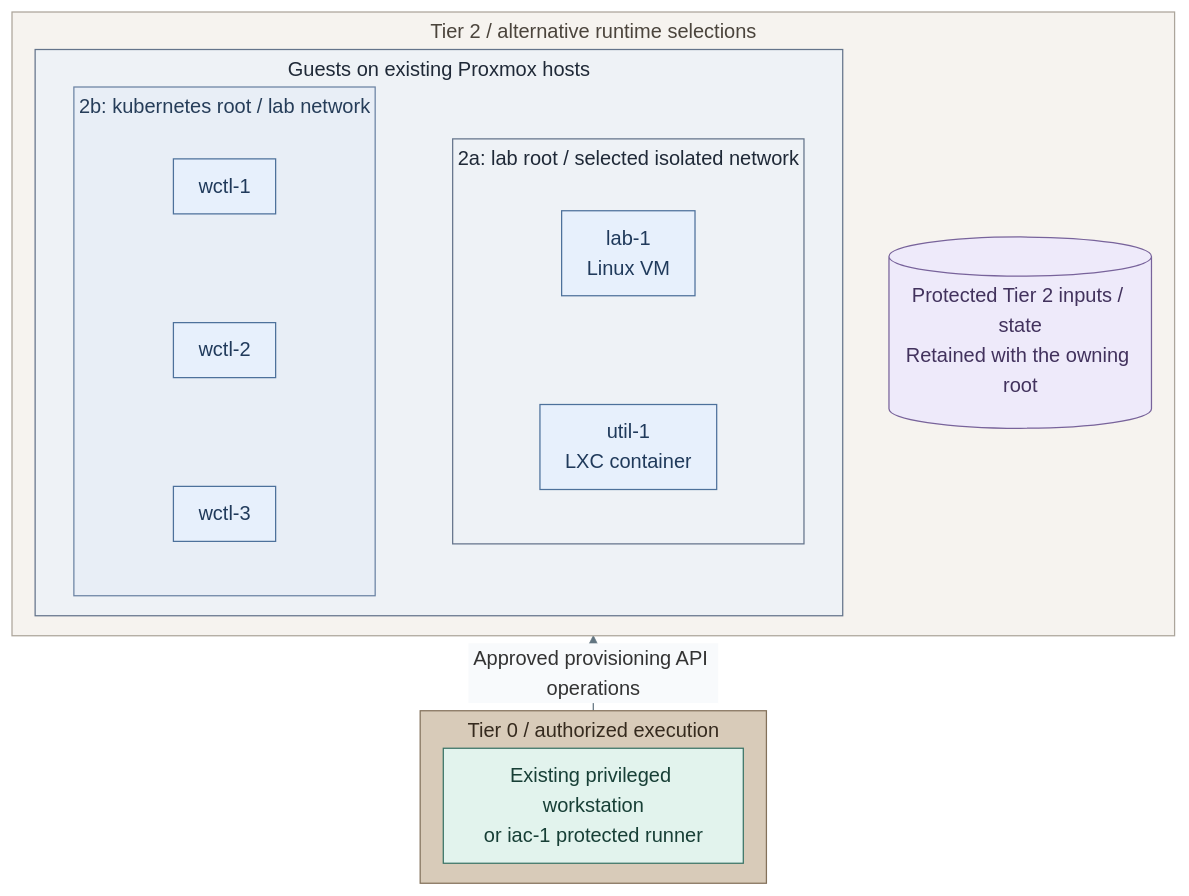
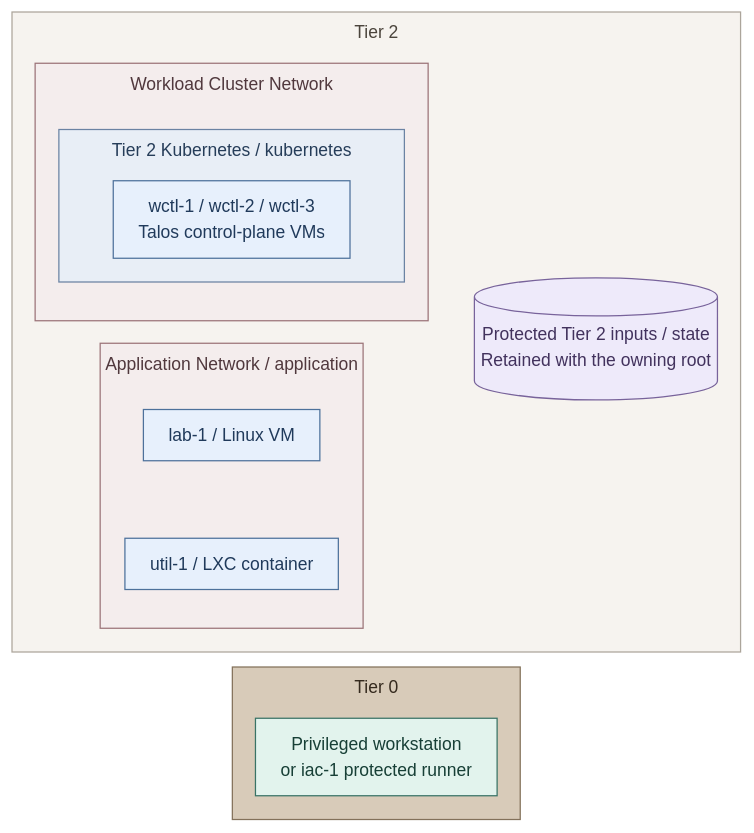
Before and after one commit to Rexus/homelab: the first of 2 diagrams in docs/03-deployment/stage-10-lab-environments/README.md, drawn with Mermaid. The commit also changed other lines of this file and 124 other files, not shown here.

First line of the commit message:
fix(platform): align service diagrams and directory failover

````diff
--- a/docs/03-deployment/stage-10-lab-environments/README.md
+++ b/docs/03-deployment/stage-10-lab-environments/README.md
@@ -14,46 +14,39 @@
 ```mermaid
-%%{init: {"theme":"base","flowchart":{"nodeSpacing":12,"rankSpacing":12,"padding":10,"subGraphTitleMargin":{"top":4,"bottom":10}},"themeVariables":{"lineColor":"#627581","edgeLabelBackground":"#f8fafc"}}}%%
-flowchart BT
-  subgraph T2["Tier 2 / alternative runtime selections"]
-    direction LR
-    subgraph PVE["Guests on existing Proxmox hosts"]
-      direction LR
-      subgraph Cluster["2b: kubernetes root / lab network"]
-        direction TB
-        CP1["wctl-1"]
-        CP2["wctl-2"]
-        CP3["wctl-3"]
-        CP1 ~~~ CP2 ~~~ CP3
+%%{init: {"theme":"base","flowchart":{"nodeSpacing":18,"rankSpacing":12,"padding":10,"subGraphTitleMargin":{"top":6,"bottom":16}},"themeVariables":{"lineColor":"#627581","edgeLabelBackground":"#f8fafc","fontFamily":"Arial, sans-serif","fontSize":"14px"},"fontFamily":"Arial, sans-serif"}}%%
+flowchart TB
+  subgraph T2["Tier 2"]
+    subgraph WorkloadNetwork["Workload Cluster Network"]
+      subgraph Cluster["Tier 2 Kubernetes / kubernetes"]
+        CPs["wctl-1 / wctl-2 / wctl-3<br/>Talos control-plane VMs"]
       end
-      subgraph Guests["2a: lab root / selected isolated network"]
-        direction TB
-        VM["lab-1<br/>Linux VM"]
-        CT["util-1<br/>LXC container"]
-        VM ~~~ CT
-      end
-      Cluster ~~~ Guests
+    end
+    subgraph ApplicationNetwork["Application Network / application"]
+      direction TB
+      VM["lab-1 / Linux VM"]
+      CT["util-1 / LXC container"]
+      VM ~~~ CT
     end
     State[("Protected Tier 2 inputs / state<br/>Retained with the owning root")]
-    PVE ~~~ State
+    WorkloadNetwork ~~~ State
+    ApplicationNetwork ~~~ State
   end
-  subgraph T0["Tier 0 / authorized execution"]
-    direction LR
-    Runner["Existing privileged workstation<br/>or iac-1 protected runner"]
+  subgraph T0["Tier 0"]
+    Runner["Privileged workstation<br/>or iac-1 protected runner"]
   end
-  T0 -->|Approved provisioning API operations| T2
+  T2 ~~~ T0
   classDef default fill:#f8fafc,stroke:#64748b,color:#1f2937
+  classDef services fill:#e7f0fc,stroke:#4d719b,color:#203a5b
   classDef control fill:#e2f3ed,stroke:#397366,color:#173f36
   classDef data fill:#eeeafa,stroke:#78639b,color:#42325d
-  classDef services fill:#e7f0fc,stroke:#4d719b,color:#203a5b
-  classDef boundary fill:#eef2f6,stroke:#64748b,color:#1f2937
+  classDef kubernetes fill:#e8eef6,stroke:#6b83a3,color:#263d59
+  classDef network fill:#f4eded,stroke:#9b7378,color:#50383d
+  classDef tier0 fill:#d8cbb9,stroke:#83715a,color:#352a1e
+  classDef tier2 fill:#f6f3ef,stroke:#aca59b,color:#4b443c
+  class CPs,VM,CT services
+  class State data
   class Runner control
-  class PVE,Guests boundary
-  class State data
-  class CP1,CP2,CP3,VM,CT services
-  classDef kubernetes fill:#e8eef6,stroke:#6b83a3,color:#263d59
   class Cluster kubernetes
-  classDef tier0 fill:#d8cbb9,stroke:#83715a,color:#352a1e
+  class WorkloadNetwork,ApplicationNetwork network
+  class T2 tier2
   class T0 tier0
-  classDef tier2 fill:#f6f3ef,stroke:#aca59b,color:#4b443c
-  class T2 tier2
 ```
````
